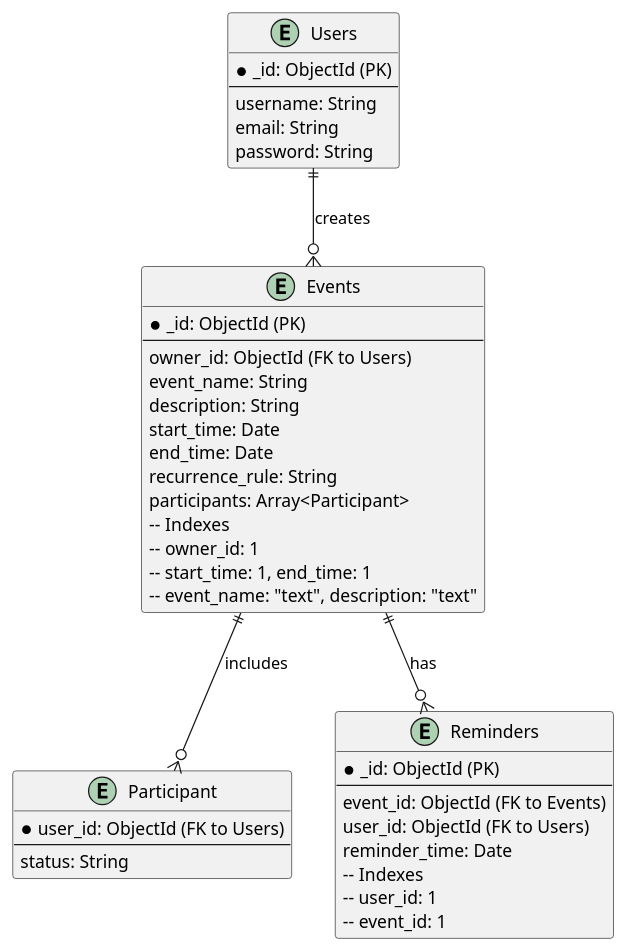
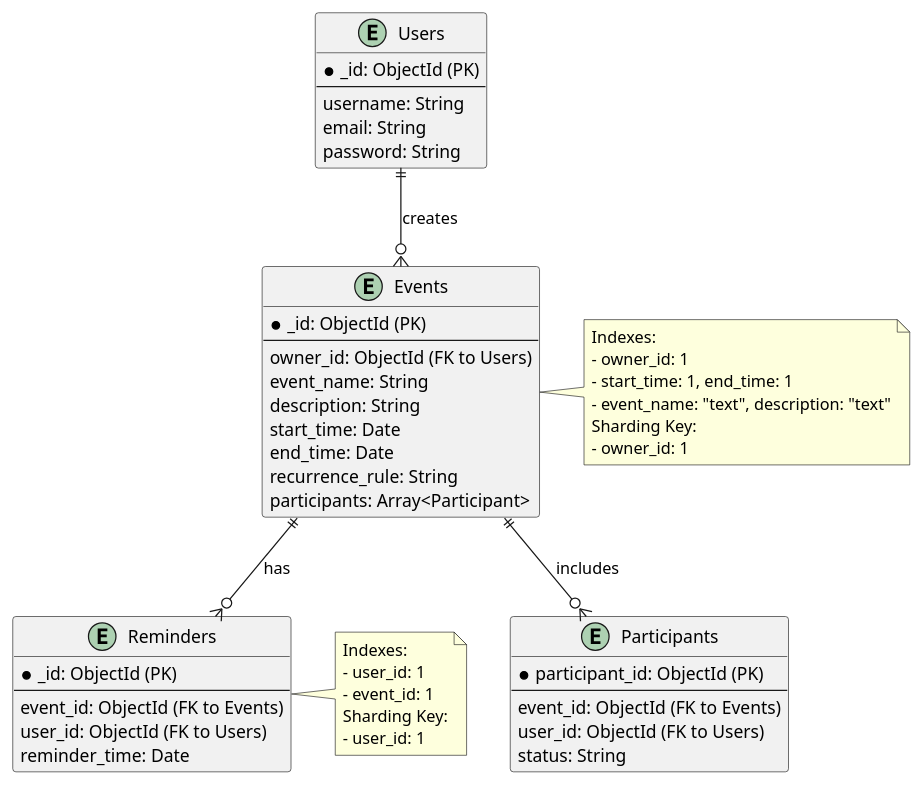
The diagram in high_traffic_calendar/high_traffic_calendar_mongodb_design.puml (huangyingw/system_design), drawn with PlantUML before and after one commit.

```diff
--- a/high_traffic_calendar/high_traffic_calendar_mongodb_design.puml
+++ b/high_traffic_calendar/high_traffic_calendar_mongodb_design.puml
@@ -1,48 +1,60 @@
 @startuml
 
 entity "Users" as U {
   *_id: ObjectId (PK)
   --
   username: String
   email: String
   password: String
 }
 
 entity "Events" as E {
   *_id: ObjectId (PK)
   --
   owner_id: ObjectId (FK to Users)
   event_name: String
   description: String
   start_time: Date
   end_time: Date
   recurrence_rule: String
   participants: Array<Participant>
-  -- Indexes
-  -- owner_id: 1
-  -- start_time: 1, end_time: 1
-  -- event_name: "text", description: "text"
 }
 
-entity "Participant" as P {
-  *user_id: ObjectId (FK to Users)
+entity "Participants" as P {
+  *participant_id: ObjectId (PK)
   --
+  event_id: ObjectId (FK to Events)
+  user_id: ObjectId (FK to Users)
   status: String
 }
 
 entity "Reminders" as R {
   *_id: ObjectId (PK)
   --
   event_id: ObjectId (FK to Events)
   user_id: ObjectId (FK to Users)
   reminder_time: Date
-  -- Indexes
-  -- user_id: 1
-  -- event_id: 1
 }
+
+note right of E
+  Indexes:
+  - owner_id: 1
+  - start_time: 1, end_time: 1
+  - event_name: "text", description: "text"
+  Sharding Key:
+  - owner_id: 1
+end note
+
+note right of R
+    Indexes:
+    - user_id: 1
+    - event_id: 1
+    Sharding Key:
+    - user_id: 1
+  end note
 
 U ||--o{ E : creates
 E ||--o{ P : includes
 E ||--o{ R : has
 
 @enduml
```
